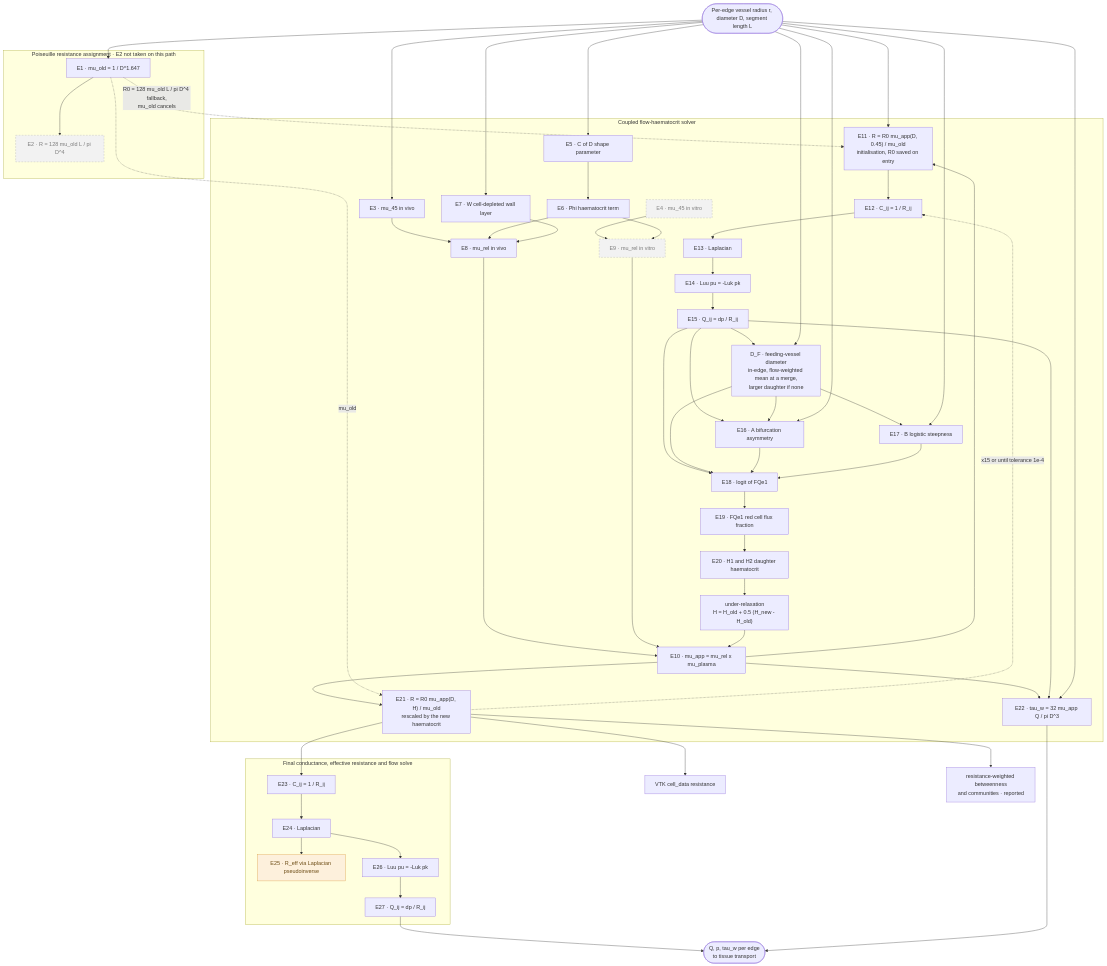
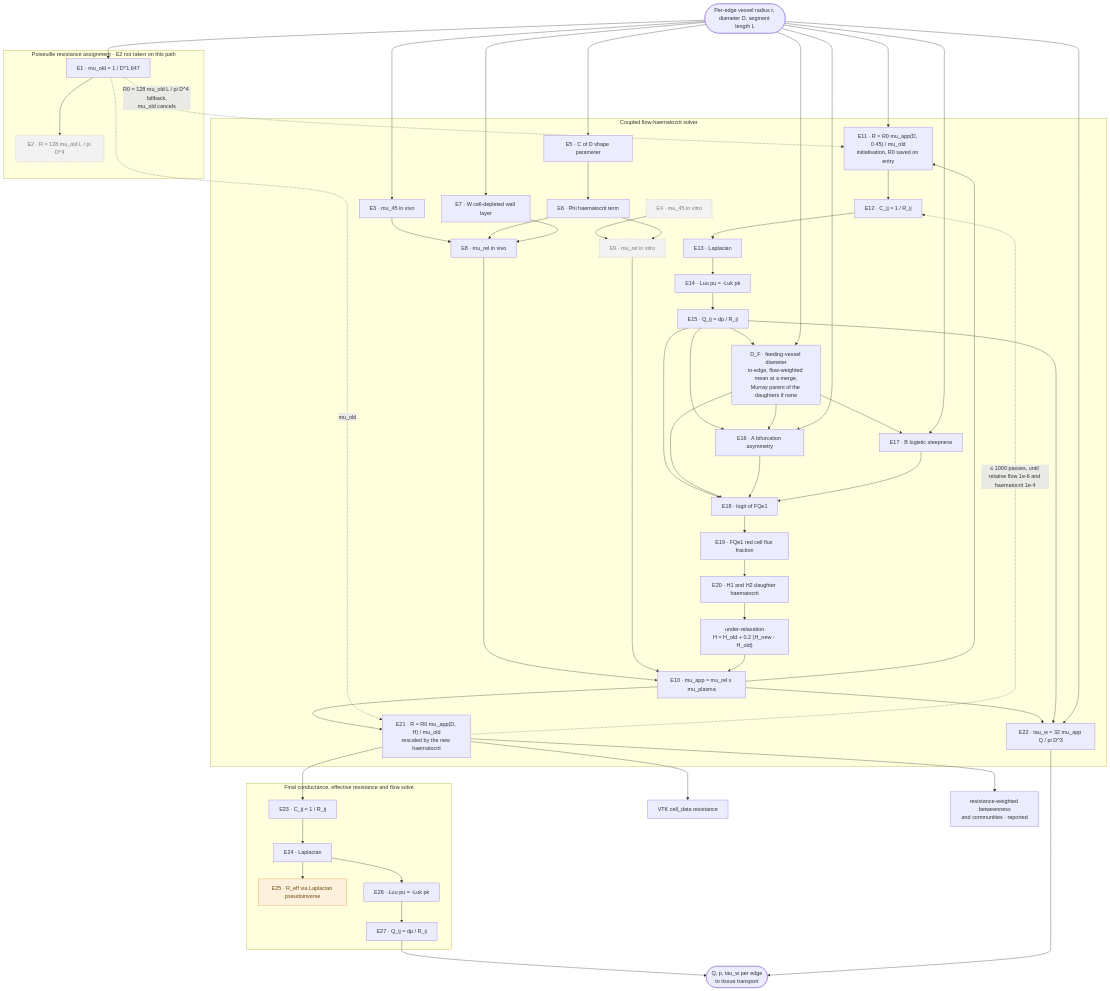
The diagram in figures/equation_flow_1_network_haemodynamics.mmd (physiomelinks/HaemoLynx), drawn with Mermaid before and after one commit. The commit also changed 12 other files, not shown here.

```diff
--- a/figures/equation_flow_1_network_haemodynamics.mmd
+++ b/figures/equation_flow_1_network_haemodynamics.mmd
@@ -1,98 +1,98 @@
 flowchart TD
 
   R0(["Per-edge vessel radius r, diameter D, segment length L"])
 
   subgraph S1["Poiseuille resistance assignment · E2 not taken on this path"]
     E1["E1 · mu_old = 1 / D^1.647"]
     E2["E2 · R = 128 mu_old L / pi D^4"]
     E1 --> E2
   end
 
   VTKR["VTK cell_data resistance"]
 
   subgraph S3["Coupled flow-haematocrit solver"]
     E3["E3 · mu_45 in vivo"]
     E4["E4 · mu_45 in vitro"]
     E5["E5 · C of D shape parameter"]
     E6["E6 · Phi haematocrit term"]
     E7["E7 · W cell-depleted wall layer"]
     E8["E8 · mu_rel in vivo"]
     E9["E9 · mu_rel in vitro"]
     E10["E10 · mu_app = mu_rel x mu_plasma"]
     E11["E11 · R = R0 mu_app(D, 0.45) / mu_old<br/>initialisation, R0 saved on entry"]
     E12["E12 · C_ij = 1 / R_ij"]
     E13["E13 · Laplacian"]
     E14["E14 · Luu pu = -Luk pk"]
     E15["E15 · Q_ij = dp / R_ij"]
     E16["E16 · A bifurcation asymmetry"]
     E17["E17 · B logistic steepness"]
     E18["E18 · logit of FQe1"]
     E19["E19 · FQe1 red cell flux fraction"]
     E20["E20 · H1 and H2 daughter haematocrit"]
-    RLX["under-relaxation<br/>H = H_old + 0.5 (H_new - H_old)"]
-    DF["D_F · feeding-vessel diameter<br/>in-edge, flow-weighted mean at a merge,<br/>larger daughter if none"]
+    RLX["under-relaxation<br/>H = H_old + 0.2 (H_new - H_old)"]
+    DF["D_F · feeding-vessel diameter<br/>in-edge, flow-weighted mean at a merge,<br/>Murray parent of the daughters if none"]
     E21["E21 · R = R0 mu_app(D, H) / mu_old<br/>rescaled by the new haematocrit"]
     E22["E22 · tau_w = 32 mu_app Q / pi D^3"]
 
     E3 --> E8
     E4 --> E9
     E5 --> E6
     E6 --> E8
     E6 --> E9
     E7 --> E8
     E8 --> E10
     E9 --> E10
     E10 --> E11
     E11 --> E12
     E12 --> E13 --> E14 --> E15
     E15 --> E16
     E15 --> E18
     E15 --> DF
     DF --> E16
     DF --> E17
     DF --> E18
     E16 --> E18
     E17 --> E18
     E18 --> E19 --> E20
     E20 --> RLX --> E10
     E10 --> E21
     E10 --> E22
     E15 --> E22
-    E21 -. "x15 or until tolerance 1e-4" .-> E12
+    E21 -. "≤ 1000 passes, until relative flow 1e-6 and haematocrit 1e-4" .-> E12
   end
 
   subgraph S4["Final conductance, effective resistance and flow solve"]
     E23["E23 · C_ij = 1 / R_ij"]
     E24["E24 · Laplacian"]
     E25["E25 · R_eff via Laplacian pseudoinverse"]
     E26["E26 · Luu pu = -Luk pk"]
     E27["E27 · Q_ij = dp / R_ij"]
     E23 --> E24
     E24 --> E25
     E24 --> E26 --> E27
   end
 
   STATS["resistance-weighted betweenness<br/>and communities · reported"]
   OUT(["Q, p, tau_w per edge<br/>to tissue transport"])
 
   R0 --> E1
   R0 --> DF
   E1 -. "R0 = 128 mu_old L / pi D^4 fallback,<br/>mu_old cancels" .-> E11
   E1 -. "mu_old" .-> E21
   R0 --> E3
   R0 --> E5
   R0 --> E7
   R0 --> E11
   R0 --> E16
   R0 --> E17
   R0 --> E22
   E21 --> VTKR
   E21 --> STATS
   E21 --> E23
   E27 --> OUT
   E22 --> OUT
 
   classDef unused fill:#f2f2f2,stroke:#b0b0b0,stroke-dasharray:5 4,color:#7a7a7a;
   classDef deadend fill:#fdf0dc,stroke:#d99b3d,color:#6b4a12;
   class E2,E4,E9 unused;
   class E25 deadend;
```
